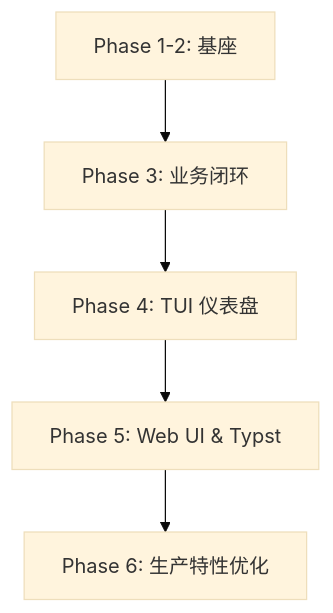
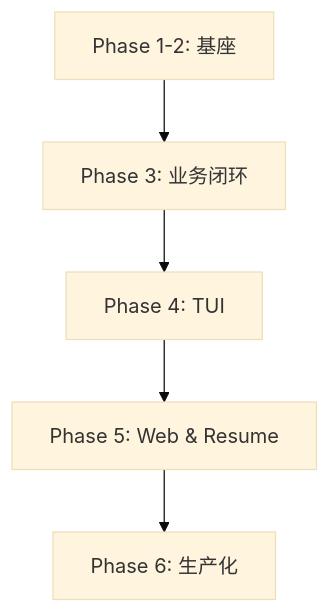
Before and after one commit to a48zhang/jobclaw: the diagram in docs/dev/plan.md, drawn with Mermaid (base theme). The commit also changed other lines of this file, not shown here.

````diff
--- a/docs/dev/plan.md
+++ b/docs/dev/plan.md
@@ -42,7 +34,7 @@
 ```mermaid
 graph TD
     P12[Phase 1-2: 基座] --> P3[Phase 3: 业务闭环]
-    P3 --> P4[Phase 4: TUI 仪表盘]
-    P4 --> P5[Phase 5: Web UI & Typst]
-    P5 --> P6[Phase 6: 生产特性优化]
+    P3 --> P4[Phase 4: TUI]
+    P4 --> P5[Phase 5: Web & Resume]
+    P5 --> P6[Phase 6: 生产化]
 ```
````
